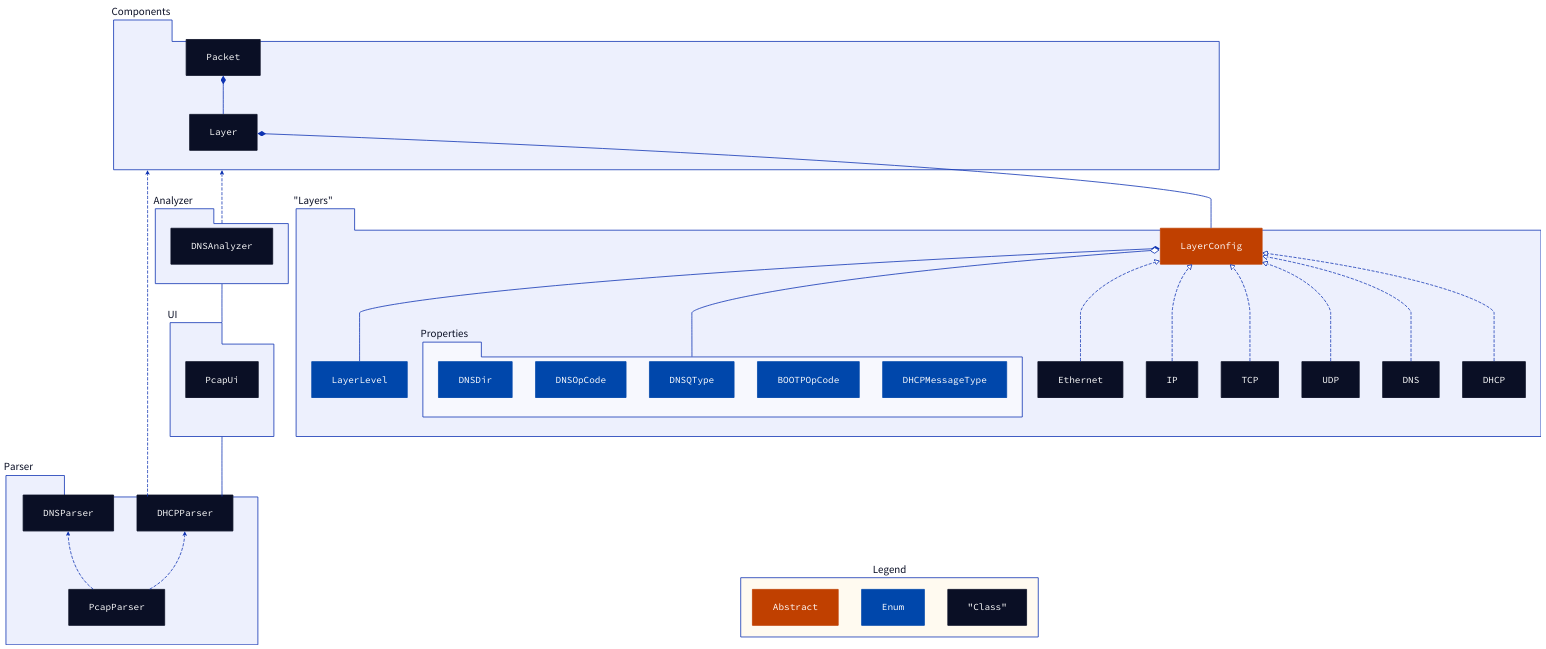
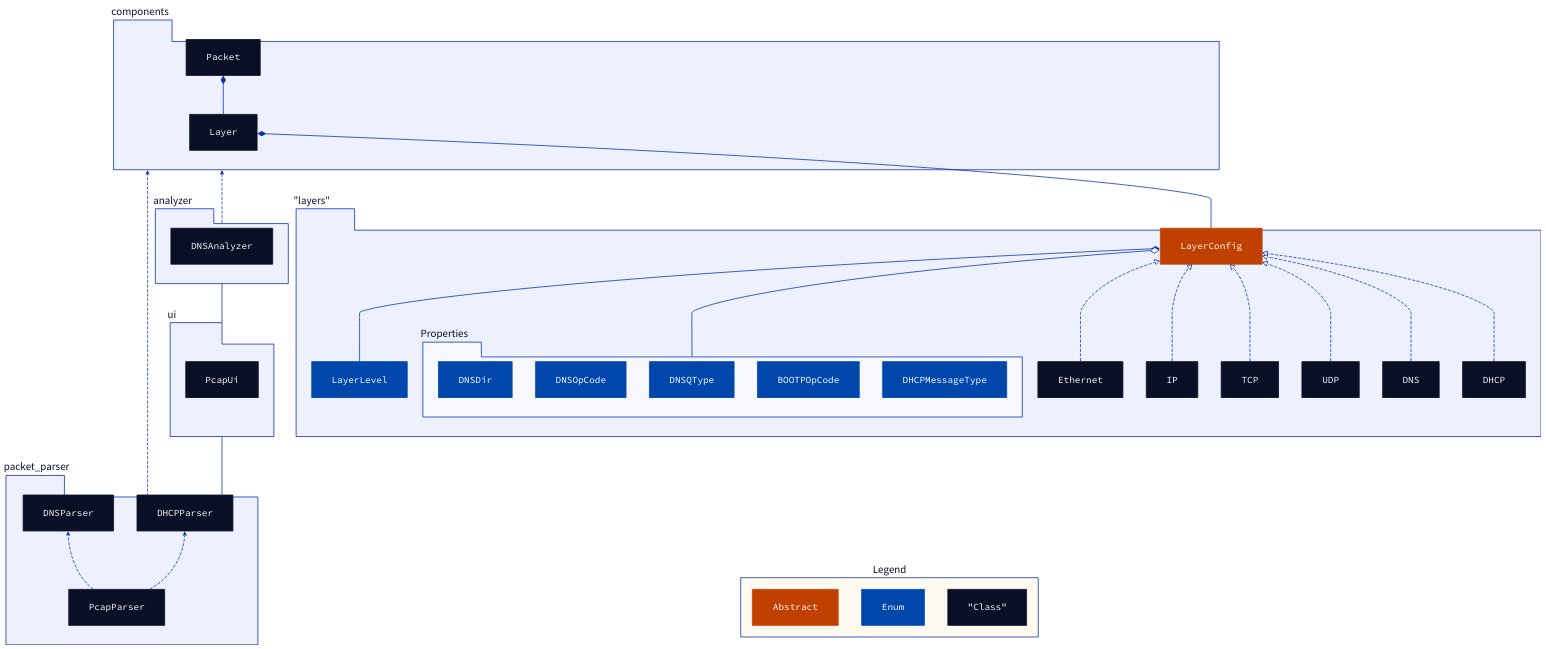
One commit to villesalmela/ot-harjoitustyo changed the diagram in dokumentaatio/arkkitehtuuri.md. Above: the diagram before and after it, drawn with D2. The commit also changed 10 other files, not shown here.

```diff
--- a/dokumentaatio/arkkitehtuuri.md
+++ b/dokumentaatio/arkkitehtuuri.md
@@ -48,16 +48,19 @@
 }
 
 # Objects
-UI: {
+ui: {
   class: package
+  PcapUi: {
+    class: class
+  }
 }
-Analyzer: {
+analyzer: {
   class: package
   DNSAnalyzer: {
     class: class
   }
 }
-Parser: {
+packet_parser: {
   class: package
   PcapParser: {
     class: class
@@ -75,7 +78,7 @@
     class: dependency
   }
 }
-Components: {
+components: {
   class: package
   Layer: {
     class: class
@@ -87,7 +90,7 @@
     class: composition
   }
 }
-\"Layers": {
+\"layers": {
   LayerLevel -> LayerConfig: {
     class: composition
   }
@@ -156,23 +159,18 @@
     }
   }
 }
-UI: {
-  PcapUi: {
-    class: class
-  }
-}
 
 # Inter-container links
-Parser -> Components: {
+packet_parser -> components: {
   class: dependency
 }
-Analyzer -> Components: {
+analyzer -> components: {
   class: dependency
 }
-\"Layers".LayerConfig -> Components.Layer: {
+\"layers".LayerConfig -> components.Layer: {
   class: composition
 }
-Parser -- UI -- Analyzer
+packet_parser -- ui -- analyzer
 
 # Explaining colors
 Legend: {
```
